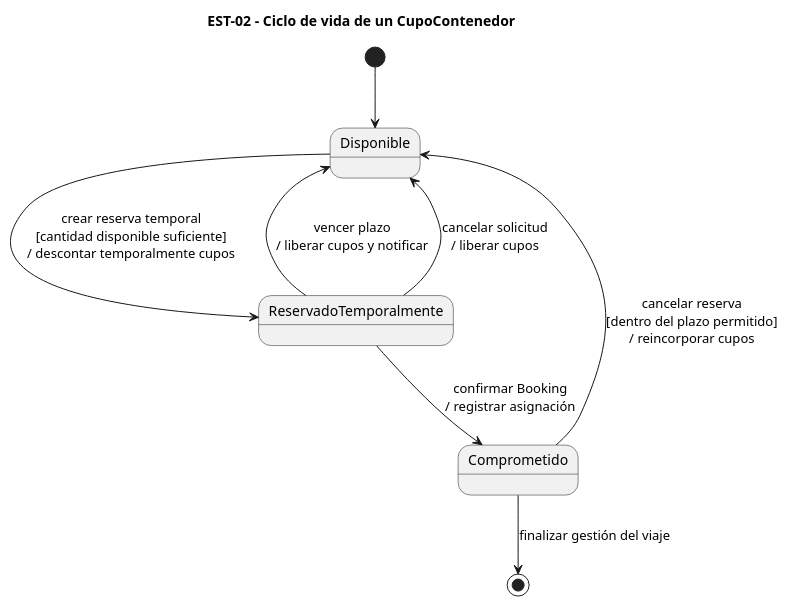
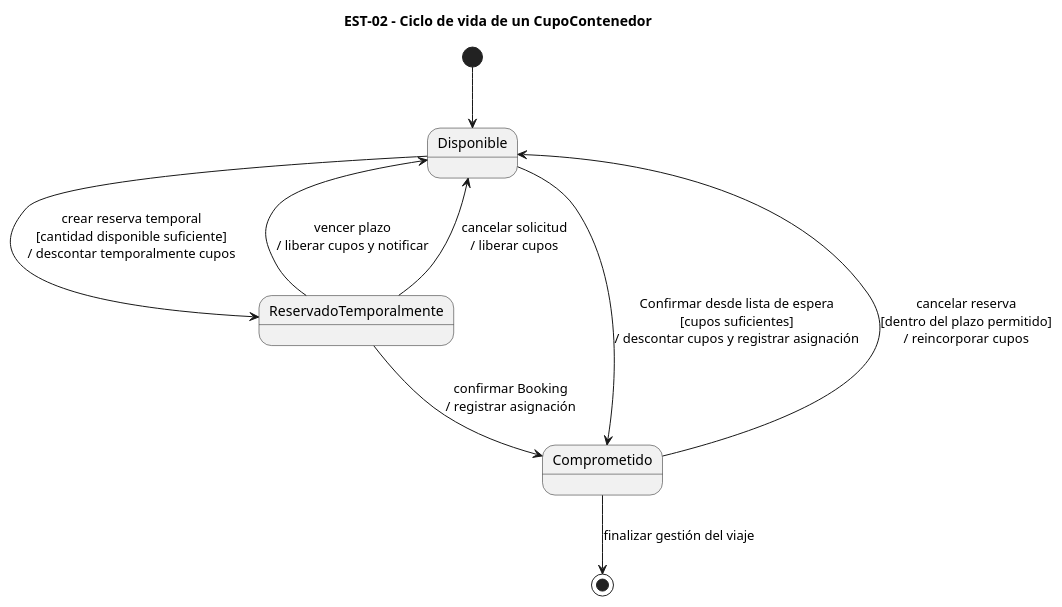
Before and after one commit to NaviCarga/Navieras: the diagram in diagramas/est-02.puml, drawn with PlantUML. The commit also changed 1 other file, not shown here.

```diff
--- a/diagramas/est-02.puml
+++ b/diagramas/est-02.puml
@@ -2,18 +2,20 @@
 @startuml
 title EST-02 - Ciclo de vida de un CupoContenedor
 
 [*] --> Disponible
 
 Disponible --> ReservadoTemporalmente : crear reserva temporal\n[cantidad disponible suficiente]\n/ descontar temporalmente cupos
+
+Disponible --> Comprometido : Confirmar desde lista de espera\n[cupos suficientes]\n/ descontar cupos y registrar asignación
 
 ReservadoTemporalmente --> Comprometido : confirmar Booking\n/ registrar asignación
 
 ReservadoTemporalmente --> Disponible : vencer plazo\n/ liberar cupos y notificar
 
 ReservadoTemporalmente --> Disponible : cancelar solicitud\n/ liberar cupos
 
 Comprometido --> Disponible : cancelar reserva\n[dentro del plazo permitido]\n/ reincorporar cupos
 
 Comprometido --> [*] : finalizar gestión del viaje
 
 @enduml
```
